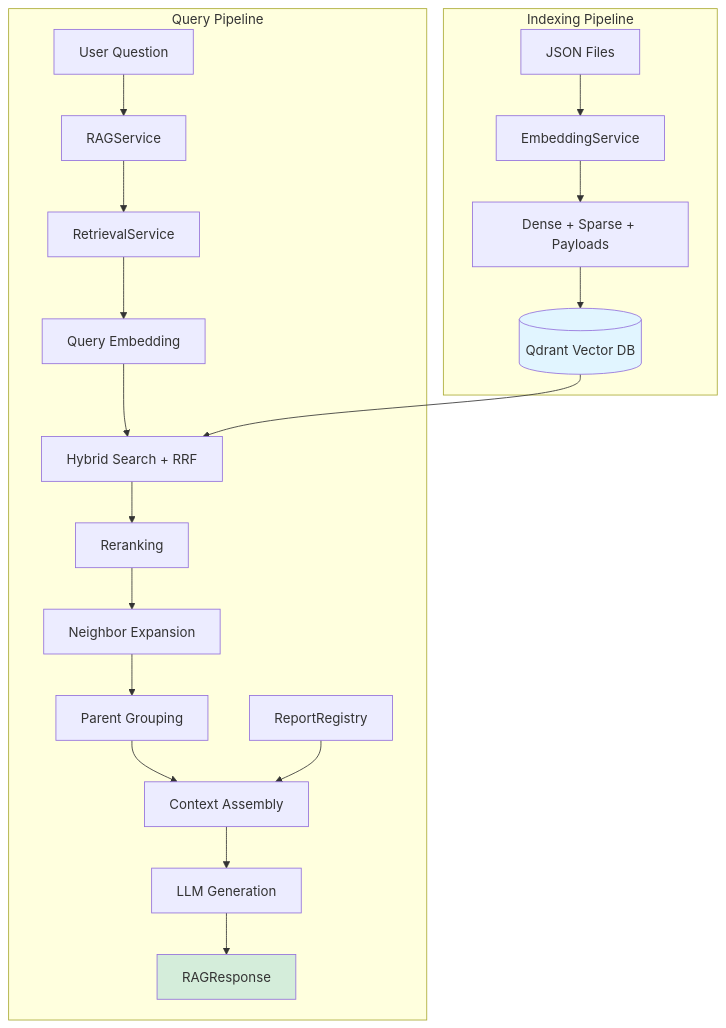
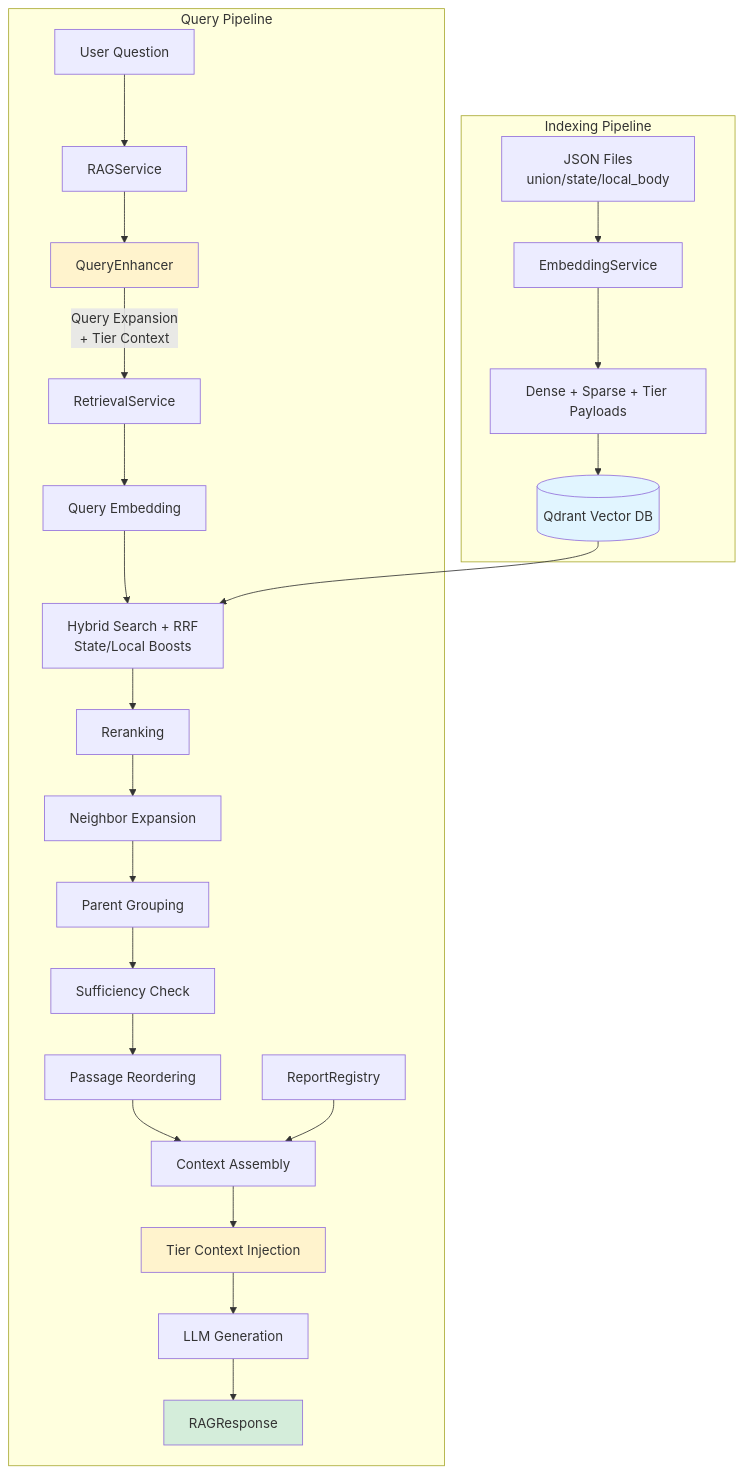
The diagram in docs/guides/RAG_PIPELINE.md (DevangK18/CAG), drawn with Mermaid before and after one commit. The commit also changed other lines of this file and 36 other files, not shown here.

````diff
--- a/docs/guides/RAG_PIPELINE.md
+++ b/docs/guides/RAG_PIPELINE.md
@@ -58,26 +68,32 @@
 ```mermaid
 graph TB
     subgraph "Indexing Pipeline"
-        A[JSON Files] --> B[EmbeddingService]
-        B --> C[Dense + Sparse + Payloads]
+        A[JSON Files<br/>union/state/local_body] --> B[EmbeddingService]
+        B --> C[Dense + Sparse + Tier Payloads]
         C --> D[(Qdrant Vector DB)]
     end
 
     subgraph "Query Pipeline"
         E[User Question] --> F[RAGService]
-        F --> G[RetrievalService]
+        F --> QE[QueryEnhancer]
+        QE --> |Query Expansion<br/>+ Tier Context| G[RetrievalService]
         G --> H[Query Embedding]
-        H --> I[Hybrid Search + RRF]
+        H --> I[Hybrid Search + RRF<br/>State/Local Boosts]
         D --> I
         I --> J[Reranking]
         J --> K[Neighbor Expansion]
         K --> L[Parent Grouping]
-        L --> M[Context Assembly]
+        L --> SC[Sufficiency Check]
+        SC --> PR[Passage Reordering]
+        PR --> M[Context Assembly]
         N[ReportRegistry] --> M
-        M --> O[LLM Generation]
+        M --> TC[Tier Context Injection]
+        TC --> O[LLM Generation]
         O --> P[RAGResponse]
     end
 
     style D fill:#e1f5ff
     style P fill:#d4edda
+    style QE fill:#fff3cd
+    style TC fill:#fff3cd
 ```
````
